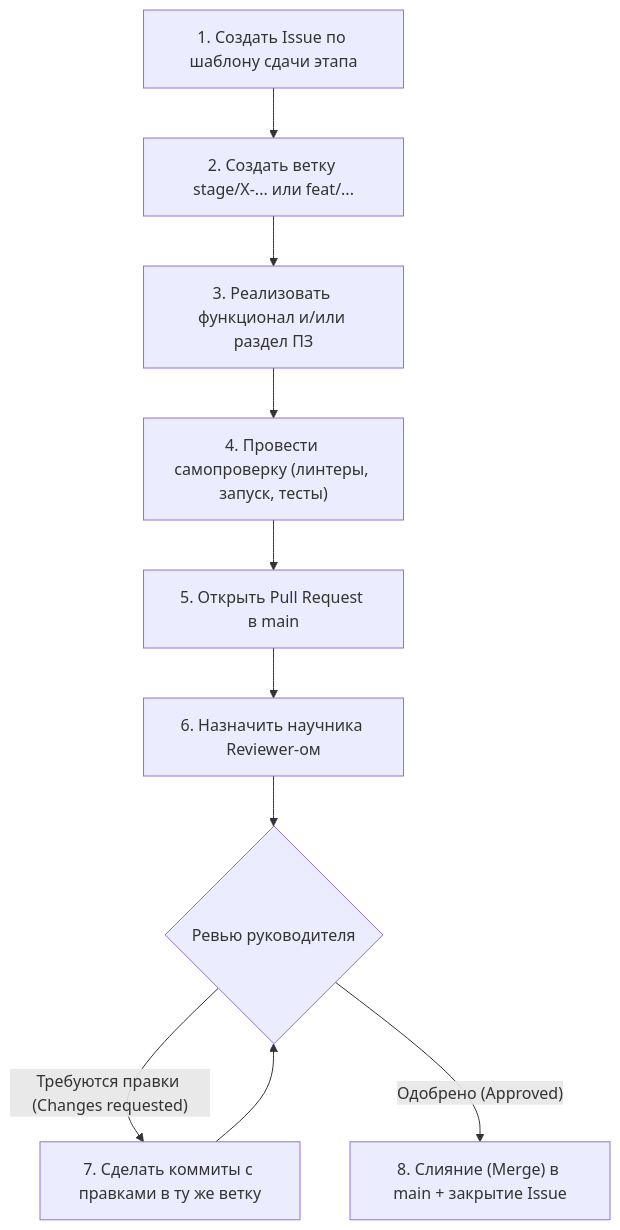
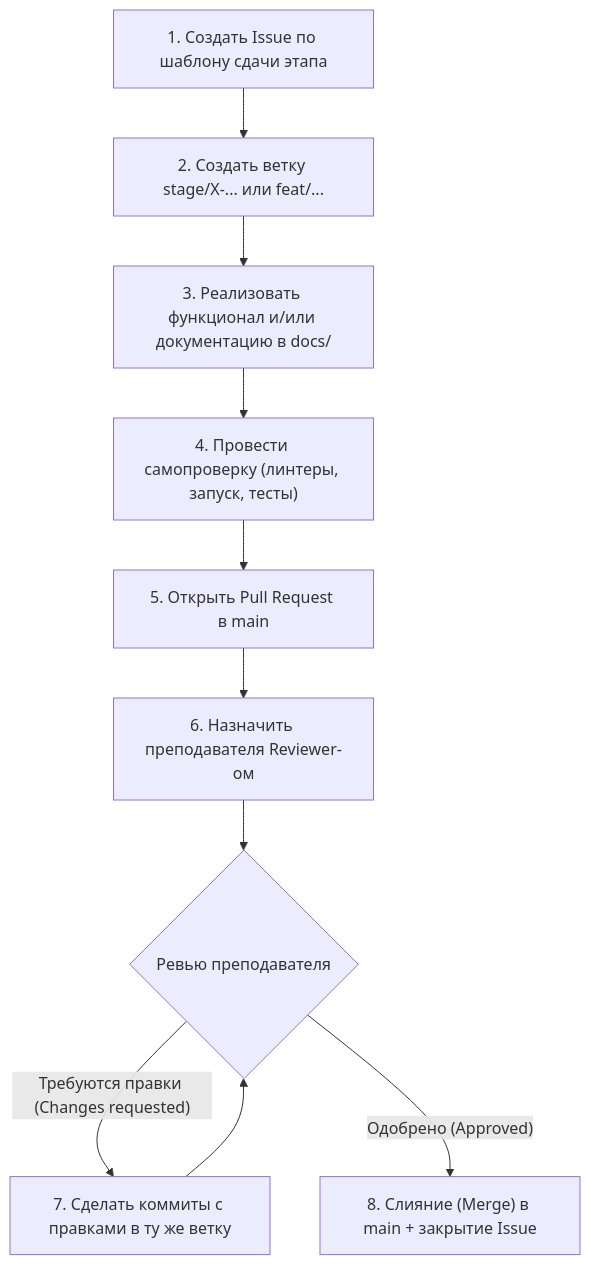
The diagram in CONTRIBUTING.md (Diplom-coders2027/TEMPLATE_REPOSITORY), drawn with Mermaid before and after one commit. The commit also changed other lines of this file and 7 other files, not shown here.

````diff
--- a/CONTRIBUTING.md
+++ b/CONTRIBUTING.md
@@ -81,12 +81,12 @@
 ```mermaid
 flowchart TD
     A["1. Создать Issue по шаблону сдачи этапа"] --> B["2. Создать ветку stage/X-... или feat/..."]
-    B --> C["3. Реализовать функционал и/или раздел ПЗ"]
+    B --> C["3. Реализовать функционал и/или документацию в docs/"]
     C --> D["4. Провести самопроверку (линтеры, запуск, тесты)"]
     D --> E["5. Открыть Pull Request в main"]
-    E --> F["6. Назначить научника Reviewer-ом"]
-    F --> G{"Ревью руководителя"}
+    E --> F["6. Назначить преподавателя Reviewer-ом"]
+    F --> G{"Ревью преподавателя"}
     G -- "Требуются правки (Changes requested)" --> H["7. Сделать коммиты с правками в ту же ветку"]
     H --> G
     G -- "Одобрено (Approved)" --> I["8. Слияние (Merge) в main + закрытие Issue"]
 ```
````
